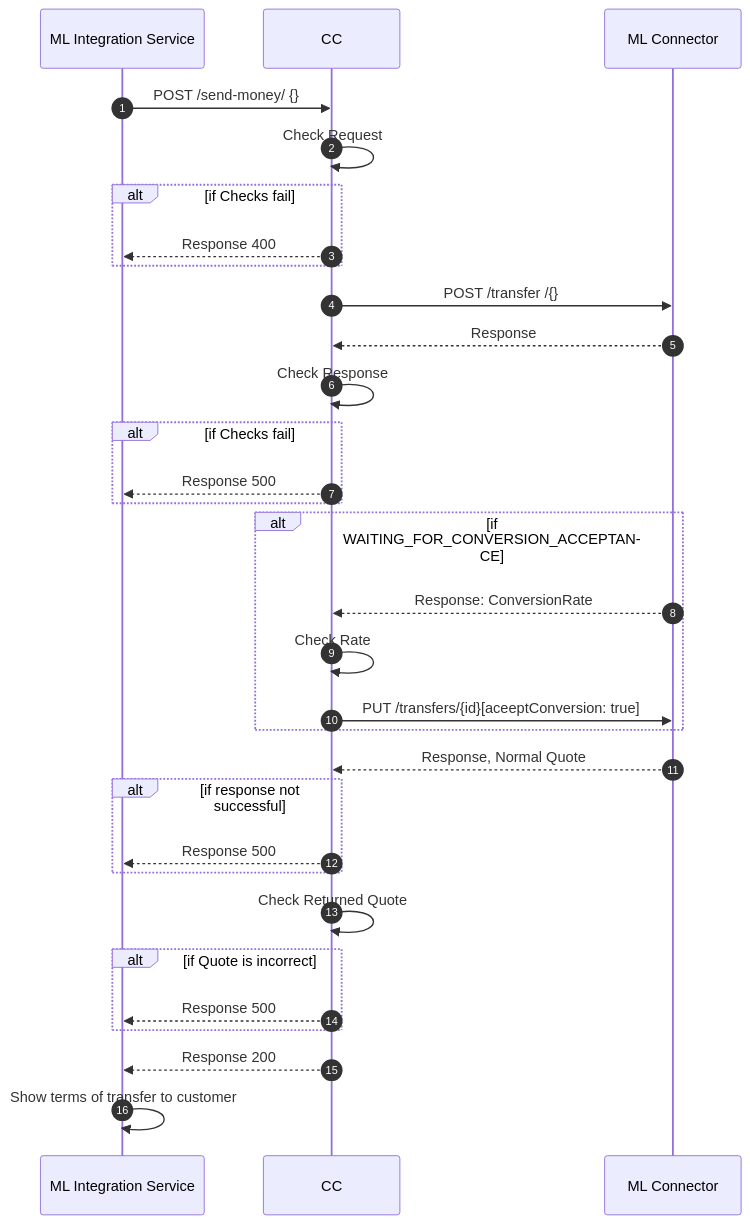
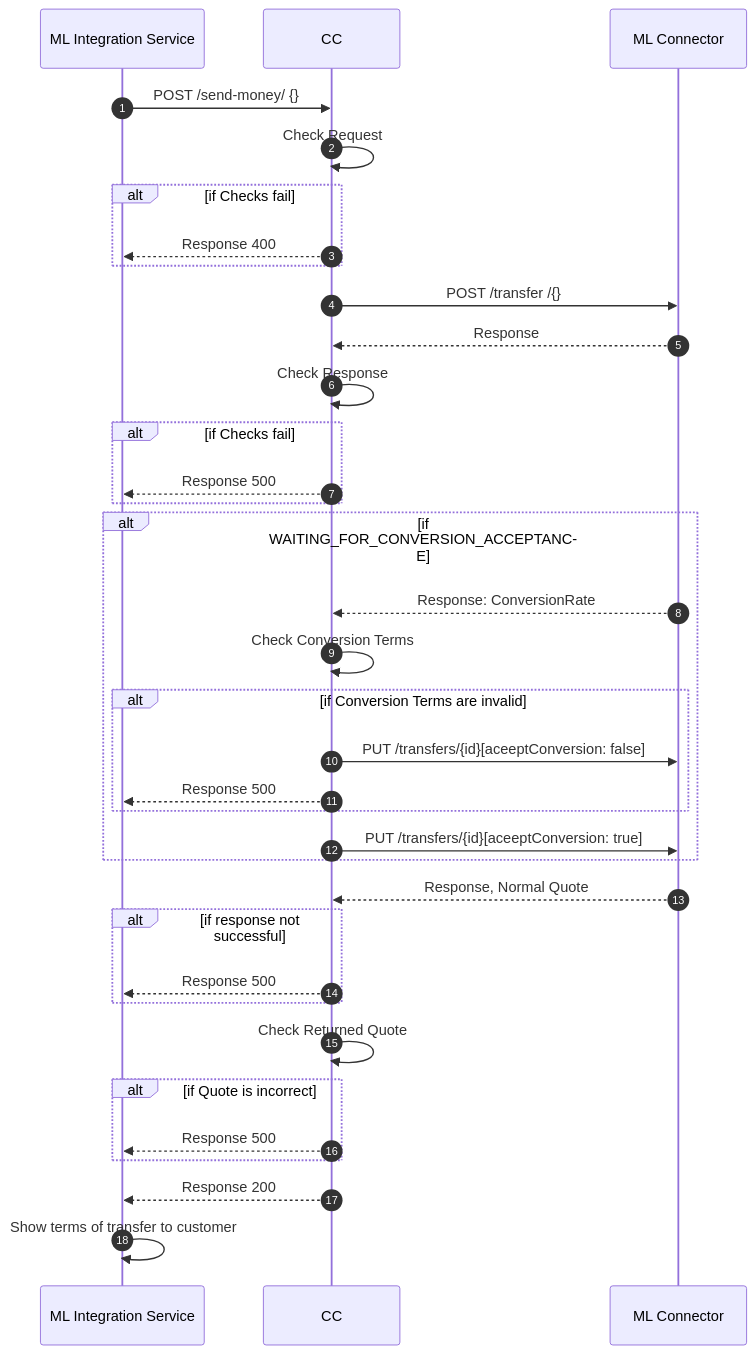
Before and after one commit to elijah0kello/airtel-core-connector: the diagram in docs/payer-send-money.md, drawn with Mermaid.

````diff
--- a/docs/payer-send-money.md
+++ b/docs/payer-send-money.md
@@ -1,31 +1,35 @@
 ```mermaid
 sequenceDiagram
   autoNumber
   ML Integration Service->>CC: POST /send-money/ {}
   CC->>CC: Check Request
   Alt if Checks fail
   CC-->>ML Integration Service: Response 400
   End
   CC->>ML Connector: POST /transfer /{}
   ML Connector-->>CC: Response
   CC->> CC: Check Response
   Alt if Checks fail
   CC-->>ML Integration Service: Response 500
   End
 
   Alt if WAITING_FOR_CONVERSION_ACCEPTANCE
   ML Connector-->>CC: Response: ConversionRate
-  CC->>CC: Check Rate
+  CC->>CC: Check Conversion Terms
+  Alt if Conversion Terms are invalid
+  CC->>ML Connector: PUT /transfers/{id}[aceeptConversion: false]
+  CC-->>ML Integration Service: Response 500
+  End
   CC->>ML Connector: PUT /transfers/{id}[aceeptConversion: true]
   End
   ML Connector-->>CC:Response, Normal Quote
   Alt if response not successful
   CC-->>ML Integration Service: Response 500
   End
   CC->>CC: Check Returned Quote
   Alt if Quote is incorrect
   CC-->>ML Integration Service: Response 500
   End
   CC-->>ML Integration Service: Response 200
   ML Integration Service->>ML Integration Service:Show terms of transfer to customer
 ```
````
